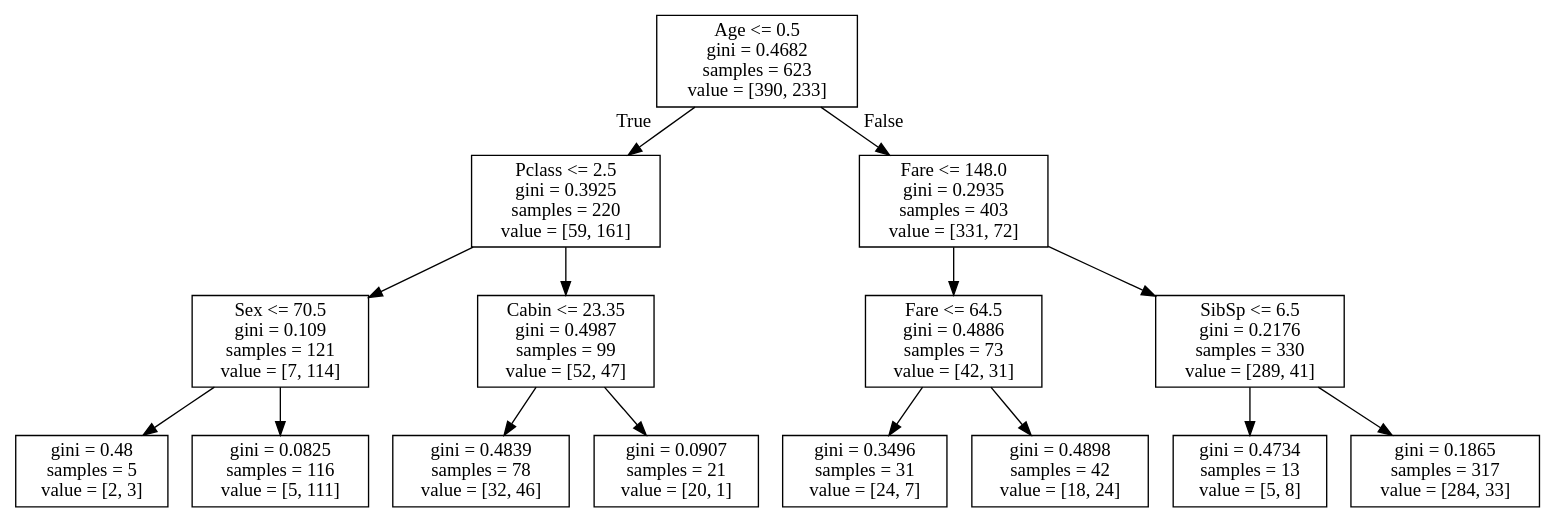
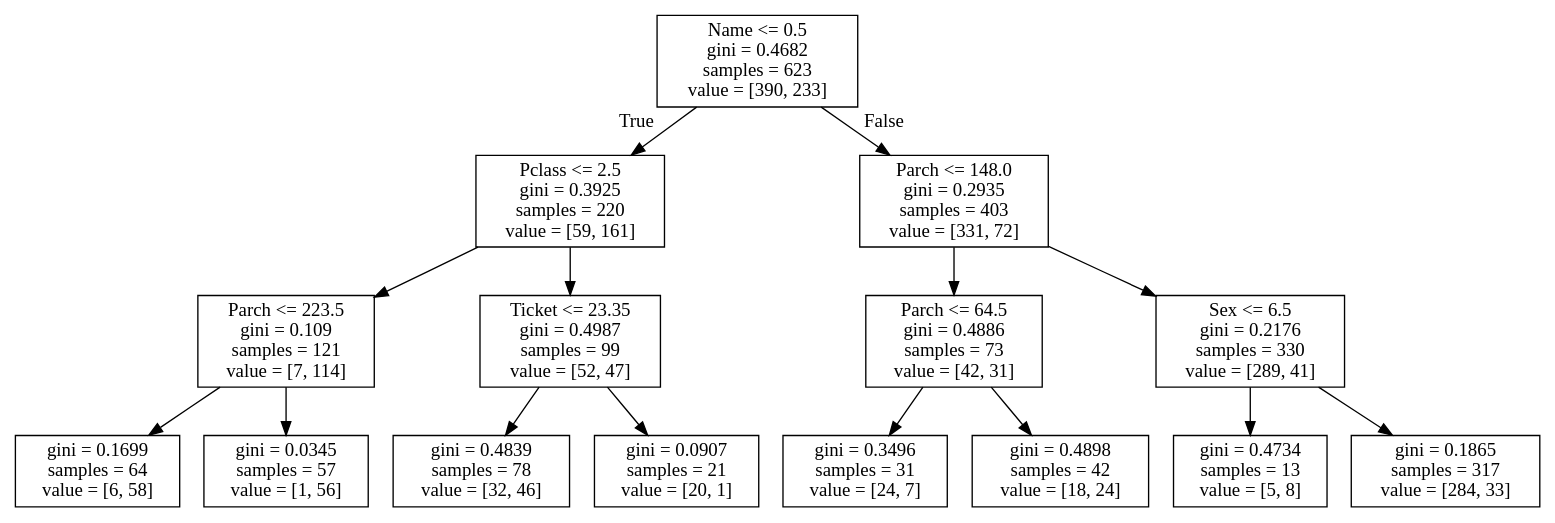
One commit to bhavesh0009/Titanic changed the diagram in tree_won.dot. Above: the diagram before and after it, drawn with Graphviz. The commit also changed 16 other files, not shown here.

```diff
--- a/tree_won.dot
+++ b/tree_won.dot
@@ -1,32 +1,32 @@
 digraph Tree {
 node [shape=box] ;
-0 [label="Age <= 0.5\ngini = 0.4682\nsamples = 623\nvalue = [390, 233]"] ;
+0 [label="Name <= 0.5\ngini = 0.4682\nsamples = 623\nvalue = [390, 233]"] ;
 1 [label="Pclass <= 2.5\ngini = 0.3925\nsamples = 220\nvalue = [59, 161]"] ;
 0 -> 1 [labeldistance=2.5, labelangle=45, headlabel="True"] ;
-2 [label="Sex <= 70.5\ngini = 0.109\nsamples = 121\nvalue = [7, 114]"] ;
+2 [label="Parch <= 223.5\ngini = 0.109\nsamples = 121\nvalue = [7, 114]"] ;
 1 -> 2 ;
-3 [label="gini = 0.48\nsamples = 5\nvalue = [2, 3]"] ;
+3 [label="gini = 0.1699\nsamples = 64\nvalue = [6, 58]"] ;
 2 -> 3 ;
-4 [label="gini = 0.0825\nsamples = 116\nvalue = [5, 111]"] ;
+4 [label="gini = 0.0345\nsamples = 57\nvalue = [1, 56]"] ;
 2 -> 4 ;
-5 [label="Cabin <= 23.35\ngini = 0.4987\nsamples = 99\nvalue = [52, 47]"] ;
+5 [label="Ticket <= 23.35\ngini = 0.4987\nsamples = 99\nvalue = [52, 47]"] ;
 1 -> 5 ;
 6 [label="gini = 0.4839\nsamples = 78\nvalue = [32, 46]"] ;
 5 -> 6 ;
 7 [label="gini = 0.0907\nsamples = 21\nvalue = [20, 1]"] ;
 5 -> 7 ;
-8 [label="Fare <= 148.0\ngini = 0.2935\nsamples = 403\nvalue = [331, 72]"] ;
+8 [label="Parch <= 148.0\ngini = 0.2935\nsamples = 403\nvalue = [331, 72]"] ;
 0 -> 8 [labeldistance=2.5, labelangle=-45, headlabel="False"] ;
-9 [label="Fare <= 64.5\ngini = 0.4886\nsamples = 73\nvalue = [42, 31]"] ;
+9 [label="Parch <= 64.5\ngini = 0.4886\nsamples = 73\nvalue = [42, 31]"] ;
 8 -> 9 ;
 10 [label="gini = 0.3496\nsamples = 31\nvalue = [24, 7]"] ;
 9 -> 10 ;
 11 [label="gini = 0.4898\nsamples = 42\nvalue = [18, 24]"] ;
 9 -> 11 ;
-12 [label="SibSp <= 6.5\ngini = 0.2176\nsamples = 330\nvalue = [289, 41]"] ;
+12 [label="Sex <= 6.5\ngini = 0.2176\nsamples = 330\nvalue = [289, 41]"] ;
 8 -> 12 ;
 13 [label="gini = 0.4734\nsamples = 13\nvalue = [5, 8]"] ;
 12 -> 13 ;
 14 [label="gini = 0.1865\nsamples = 317\nvalue = [284, 33]"] ;
 12 -> 14 ;
 }
```
